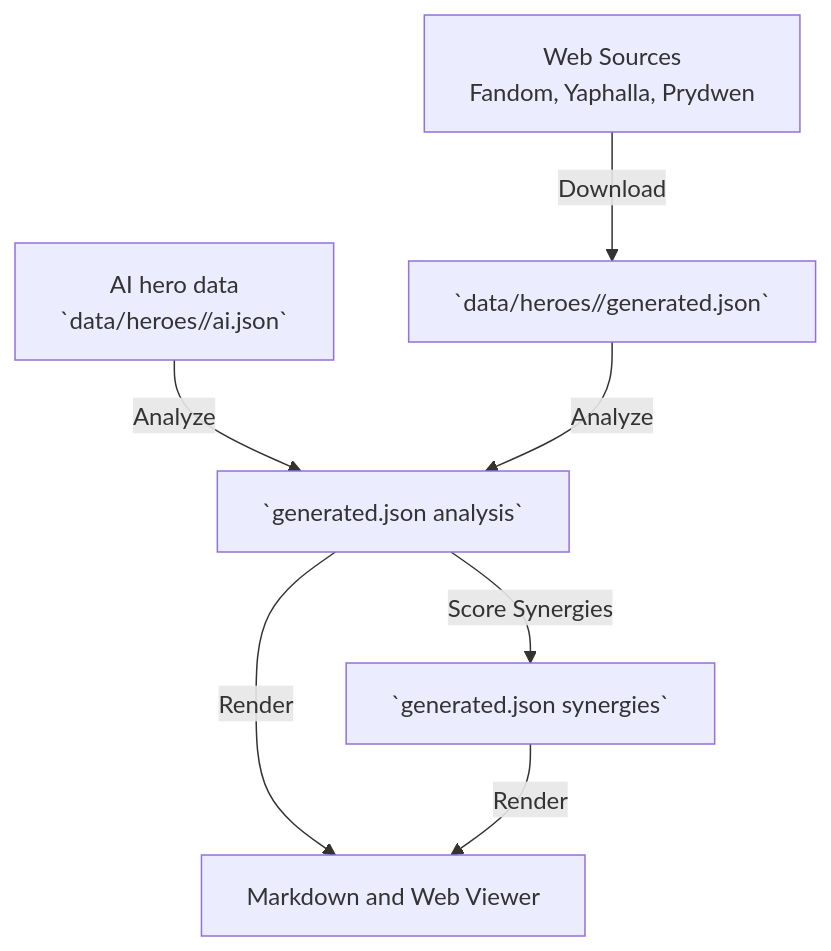
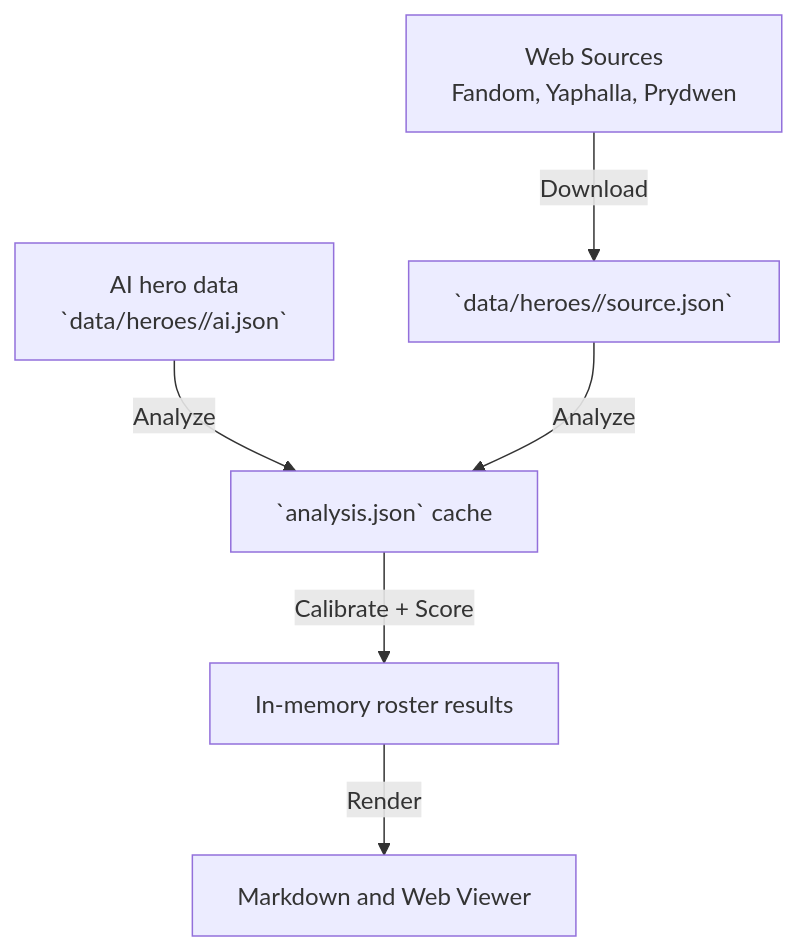
The diagram in docs/skill-analysis-pipeline.md (arnecls/afjk-characters), drawn with Mermaid before and after one commit. The commit also changed other lines of this file and 475 other files, not shown here.

First line of the commit message:
Update hero data structure and enhance analysis pipeline

````diff
--- a/docs/skill-analysis-pipeline.md
+++ b/docs/skill-analysis-pipeline.md
@@ -11,9 +11,8 @@
 ```mermaid
 graph TD
-    Sources[Web Sources<br>Fandom, Yaphalla, Prydwen] -->|Download| RawData[`data/heroes/<id>/generated.json`]
-    Sidecars[AI hero data<br>`data/heroes/<id>/ai.json`] -->|Analyze| Processed[`generated.json analysis`]
-    RawData -->|Analyze| Processed
-    Processed -->|Score Synergies| Synergies[`generated.json synergies`]
-    Processed -->|Render| Output[Markdown and Web Viewer]
-    Synergies -->|Render| Output
+    Sources[Web Sources<br>Fandom, Yaphalla, Prydwen] -->|Download| RawData[`data/heroes/<id>/source.json`]
+    Sidecars[AI hero data<br>`data/heroes/<id>/ai.json`] -->|Analyze| Local[`analysis.json` cache]
+    RawData -->|Analyze| Local
+    Local -->|Calibrate + Score| Memory[In-memory roster results]
+    Memory -->|Render| Output[Markdown and Web Viewer]
 ```
````
